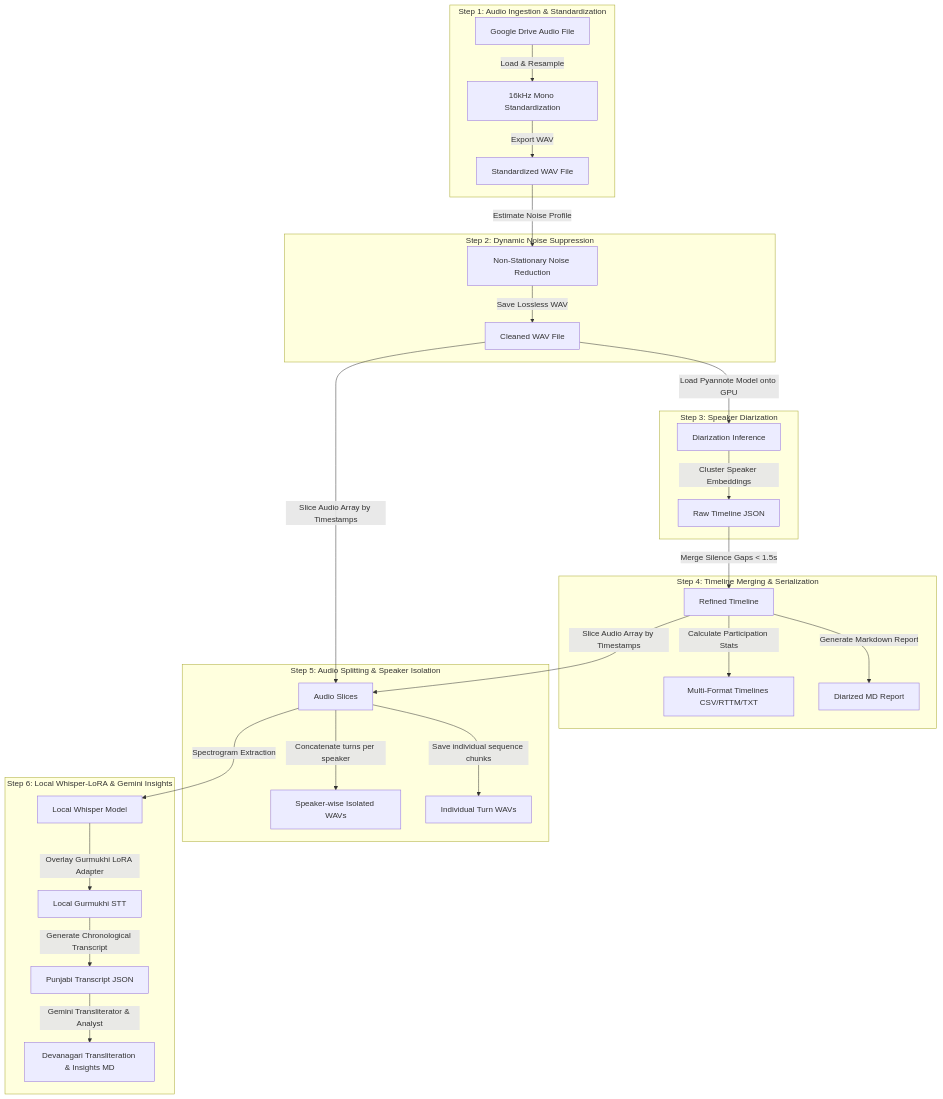
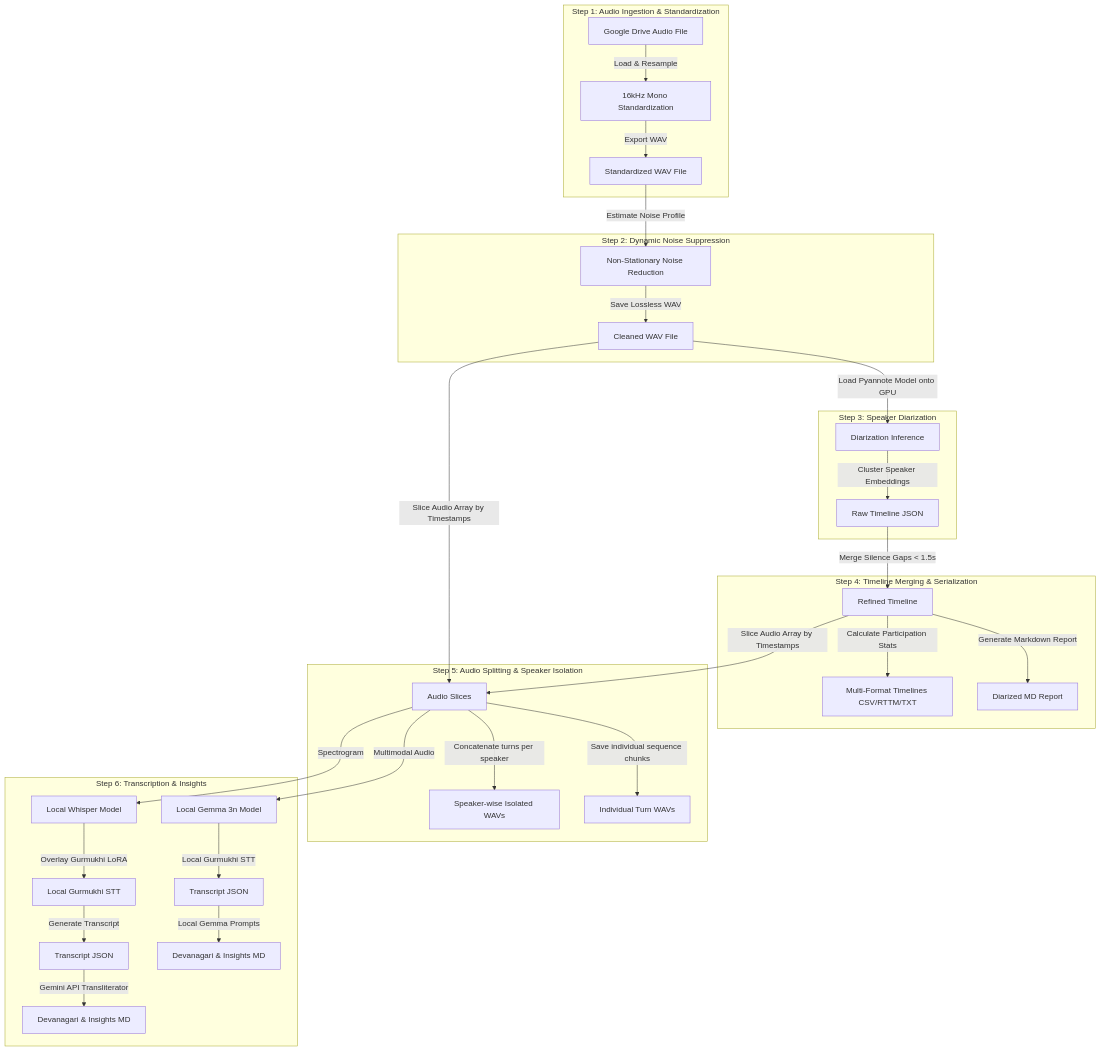
The diagram in Notebooks/Atomic Notebooks/README.md (Abhishek-S0111/outreach_stt), drawn with Mermaid before and after one commit. The commit also changed other lines of this file and 4 other files, not shown here.

Commit message:
feat: added Gemma pipeline parallely and restructured Whisper/Gemini notebooks

````diff
--- a/Notebooks/Atomic Notebooks/README.md
+++ b/Notebooks/Atomic Notebooks/README.md
@@ -11,36 +11,40 @@
 ```mermaid
 graph TD
     subgraph Ingestion [Step 1: Audio Ingestion & Standardization]
         A1[Google Drive Audio File] -->|Load & Resample| A2[16kHz Mono Standardization]
         A2 -->|Export WAV| A3[Standardized WAV File]
     end
 
     subgraph Suppression [Step 2: Dynamic Noise Suppression]
         A3 -->|Estimate Noise Profile| B1[Non-Stationary Noise Reduction]
         B1 -->|Save Lossless WAV| B2[Cleaned WAV File]
     end
 
     subgraph Diarization [Step 3: Speaker Diarization]
         B2 -->|Load Pyannote Model onto GPU| C1[Diarization Inference]
         C1 -->|Cluster Speaker Embeddings| C2[Raw Timeline JSON]
     end
 
     subgraph Refinement [Step 4: Timeline Merging & Serialization]
         C2 -->|Merge Silence Gaps < 1.5s| D1[Refined Timeline]
         D1 -->|Calculate Participation Stats| D2[Multi-Format Timelines CSV/RTTM/TXT]
         D1 -->|Generate Markdown Report| D3[Diarized MD Report]
     end
 
     subgraph Splitting [Step 5: Audio Splitting & Speaker Isolation]
         B2 & D1 -->|Slice Audio Array by Timestamps| E1[Audio Slices]
         E1 -->|Concatenate turns per speaker| E2[Speaker-wise Isolated WAVs]
         E1 -->|Save individual sequence chunks| E3[Individual Turn WAVs]
     end
 
-    subgraph Transcription [Step 6: Local Whisper-LoRA & Gemini Insights]
-        E1 -->|Spectrogram Extraction| F1[Local Whisper Model]
-        F1 -->|Overlay Gurmukhi LoRA Adapter| F2[Local Gurmukhi STT]
-        F2 -->|Generate Chronological Transcript| F3[Punjabi Transcript JSON]
-        F3 -->|Gemini Transliterator & Analyst| F4[Devanagari Transliteration & Insights MD]
+    subgraph Transcription [Step 6: Transcription & Insights]
+        E1 -->|Spectrogram| F1[Local Whisper Model]
+        F1 -->|Overlay Gurmukhi LoRA| F2[Local Gurmukhi STT]
+        F2 -->|Generate Transcript| F3[Transcript JSON]
+        F3 -->|Gemini API Transliterator| F4[Devanagari & Insights MD]
+        
+        E1 -->|Multimodal Audio| G1[Local Gemma 3n Model]
+        G1 -->|Local Gurmukhi STT| G2[Transcript JSON]
+        G2 -->|Local Gemma Prompts| G3[Devanagari & Insights MD]
     end
 ```
````
